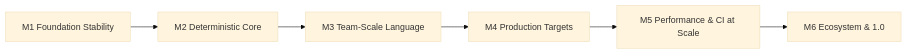
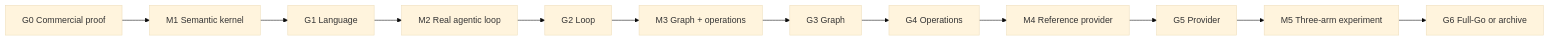
The diagram in docs/SCULPT_Roadmap.md (iret77/sculpt), drawn with Mermaid (base theme) before and after one commit. The commit also changed other lines of this file and 17 other files, not shown here.

````diff
--- a/docs/SCULPT_Roadmap.md
+++ b/docs/SCULPT_Roadmap.md
@@ -14,8 +25,14 @@
-```mermaid
+~~~mermaid
 flowchart LR
-  M1["M1 Foundation Stability"] --> M2["M2 Deterministic Core"]
-  M2 --> M3["M3 Team-Scale Language"]
-  M3 --> M4["M4 Production Targets"]
-  M4 --> M5["M5 Performance & CI at Scale"]
-  M5 --> M6["M6 Ecosystem & 1.0"]
-```
+  G0["G0 Commercial proof"] --> M1["M1 Semantic kernel"]
+  M1 --> G1["G1 Language"]
+  G1 --> M2["M2 Real agentic loop"]
+  M2 --> G2["G2 Loop"]
+  G2 --> M3["M3 Graph + operations"]
+  M3 --> G3["G3 Graph"]
+  G3 --> G4["G4 Operations"]
+  G4 --> M4["M4 Reference provider"]
+  M4 --> G5["G5 Provider"]
+  G5 --> M5["M5 Three-arm experiment"]
+  M5 --> G6["G6 Full-Go or archive"]
+~~~
````
